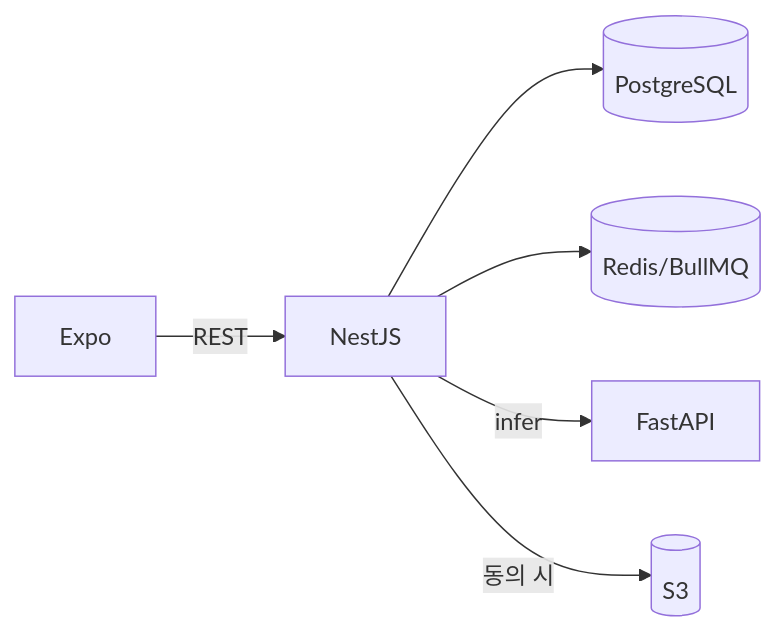
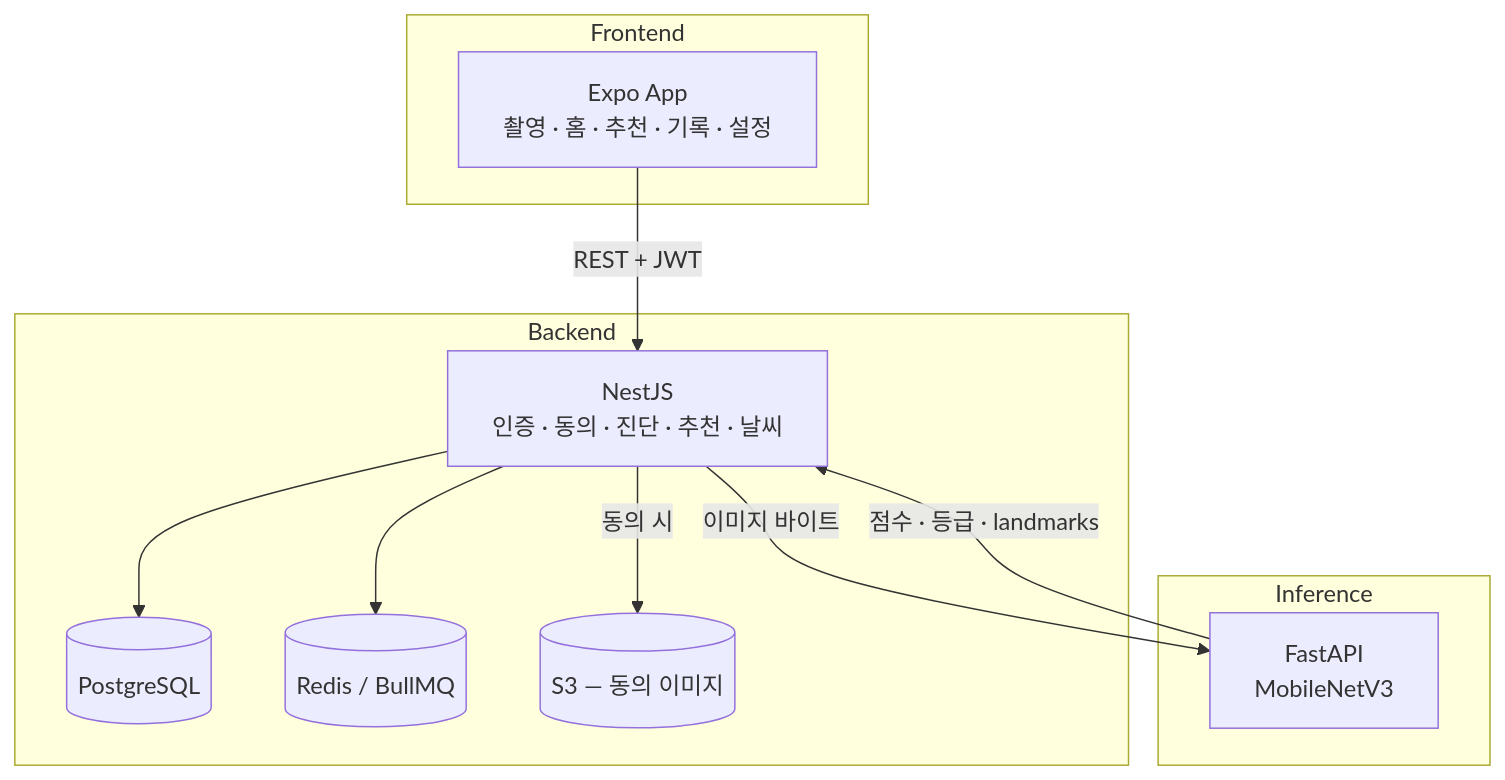
The diagram in README.md (jae-ho93/Todayskin), drawn with Mermaid before and after one commit. The commit also changed other lines of this file, not shown here.

````diff
--- a/README.md
+++ b/README.md
@@ -15,8 +93,21 @@
 ```mermaid
-flowchart LR
-    APP[Expo] -->|REST| API[NestJS]
-    API --> PG[(PostgreSQL)]
-    API --> REDIS[(Redis/BullMQ)]
-    API -->|infer| AI[FastAPI]
-    API -->|동의 시| S3[(S3)]
+flowchart TB
+  subgraph Client["Frontend"]
+    APP["Expo App<br/>촬영 · 홈 · 추천 · 기록 · 설정"]
+  end
+  subgraph Server["Backend"]
+    API["NestJS<br/>인증 · 동의 · 진단 · 추천 · 날씨"]
+    PG[("PostgreSQL")]
+    REDIS[("Redis / BullMQ")]
+    S3[("S3 — 동의 이미지")]
+  end
+  subgraph AI["Inference"]
+    INF["FastAPI<br/>MobileNetV3"]
+  end
+  APP -->|REST + JWT| API
+  API --> PG
+  API --> REDIS
+  API -->|동의 시| S3
+  API -->|이미지 바이트| INF
+  INF -->|점수 · 등급 · landmarks| API
 ```
````
